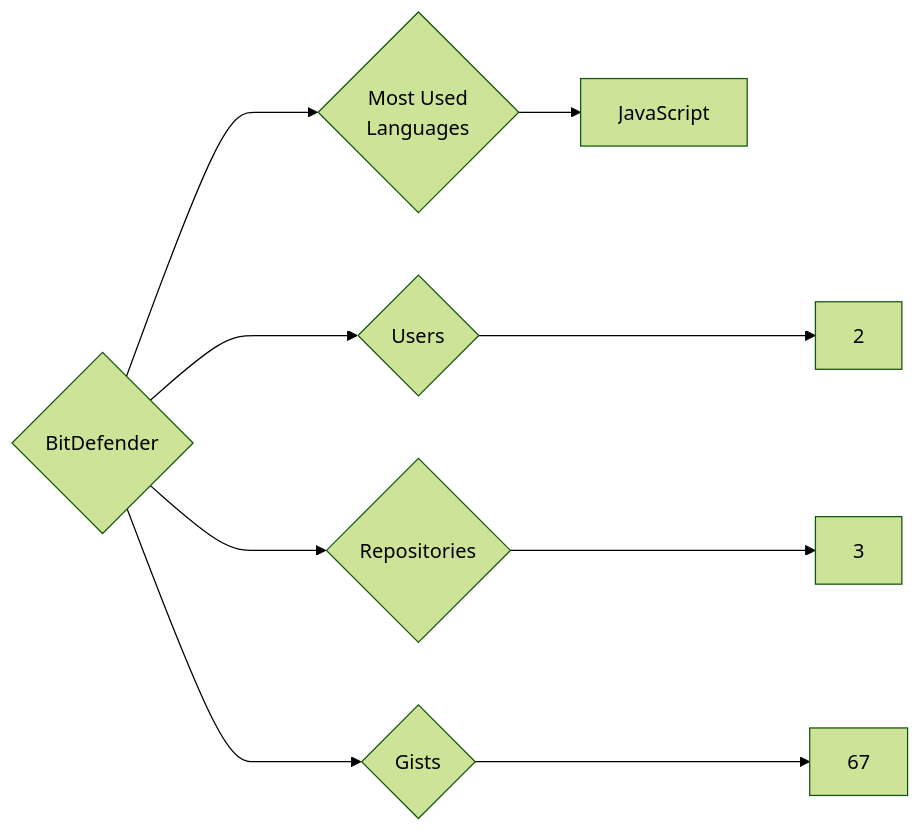
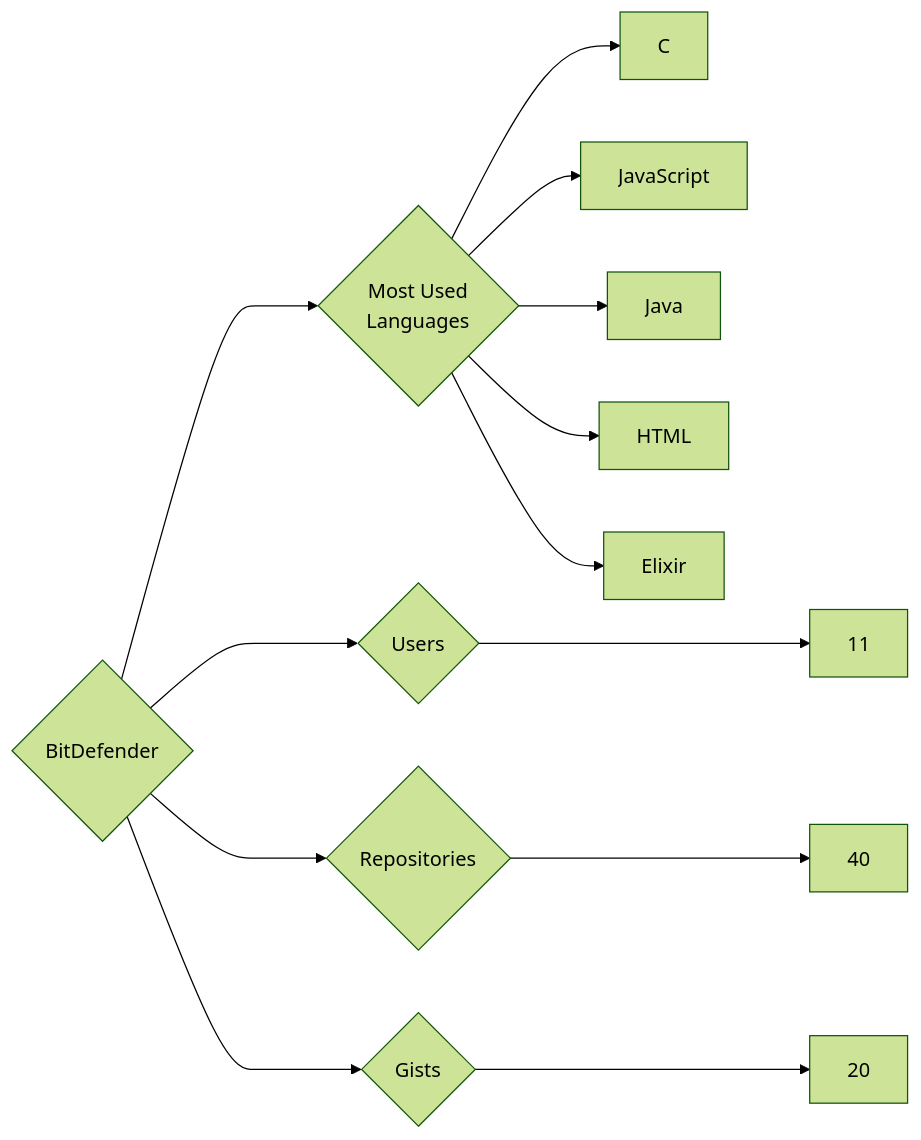
One commit to trickest/insiders changed the diagram in targets/BitDefender/README.md. Above: the diagram before and after it, drawn with Mermaid (forest theme). The commit also changed 826 other files, not shown here.

````diff
--- a/targets/BitDefender/README.md
+++ b/targets/BitDefender/README.md
@@ -3,9 +3,13 @@
 ```mermaid
 graph LR
 COMPANY_NAME{BitDefender}
-COMPANY_NAME ---> U{Users} ---> UN[2]
-COMPANY_NAME ---> R{Repositories} ---> RN[3]
-COMPANY_NAME ---> G{Gists} ---> GN[67]
+COMPANY_NAME ---> U{Users} ---> UN[11]
+COMPANY_NAME ---> R{Repositories} ---> RN[40]
+COMPANY_NAME ---> G{Gists} ---> GN[20]
 COMPANY_NAME ---> ML{Most Used<br>Languages}
+ML --> C[C]
 ML --> JavaScript[JavaScript]
+ML --> Java[Java]
+ML --> HTML[HTML]
+ML --> Elixir[Elixir]
 ```
````
